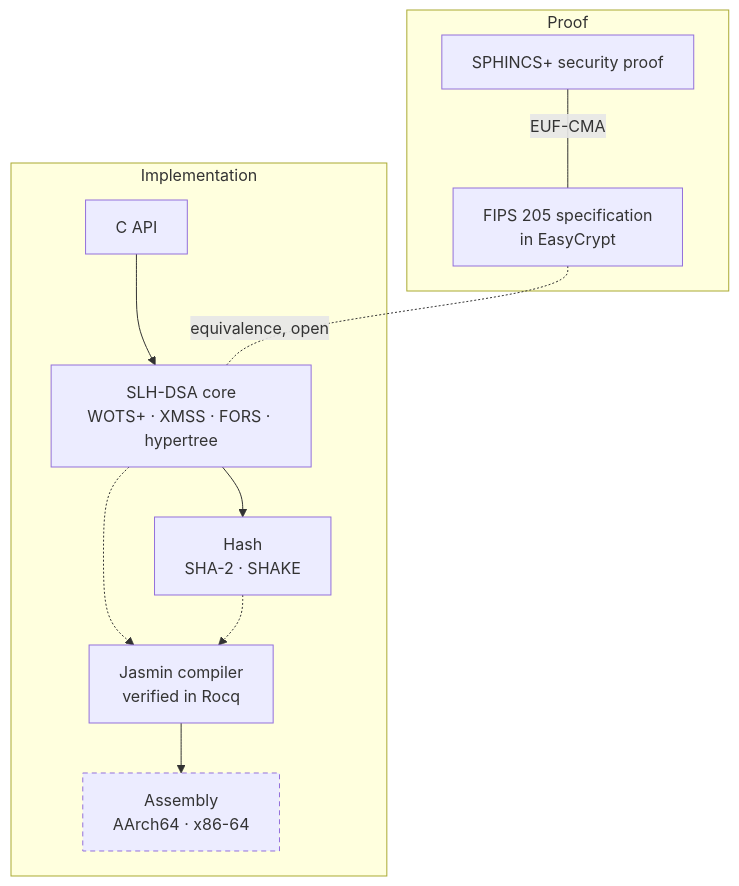
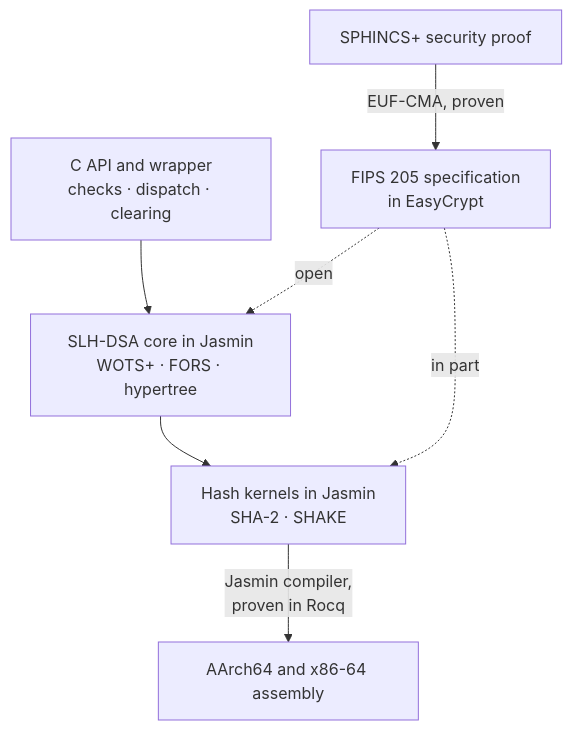
The diagram in README.md (nirapod-labs/nirapod-slhdsa), drawn with Mermaid before and after one commit. The commit also changed other lines of this file and 9 other files, not shown here.

````diff
--- a/README.md
+++ b/README.md
@@ -45,22 +79,14 @@
 ```mermaid
 flowchart TB
-  subgraph code["Implementation"]
-    api["C API"]
-    core["SLH-DSA core<br/>WOTS+ · XMSS · FORS · hypertree"]
-    hash["Hash<br/>SHA-2 · SHAKE"]
-    jc["Jasmin compiler<br/>verified in Rocq"]
-    asm["Assembly<br/>AArch64 · x86-64"]
-    api --> core --> hash
-    core -.-> jc
-    hash -.-> jc
-    jc --> asm
-  end
-  subgraph proof["Proof"]
-    sec["SPHINCS+ security proof"]
-    spec["FIPS 205 specification<br/>in EasyCrypt"]
-    sec -- "EUF-CMA" --- spec
-  end
-  spec -. "equivalence, open" .- core
-  classDef planned stroke-dasharray: 5 4
-  class asm planned
+  api["C API and wrapper<br/>checks · dispatch · clearing"]
+  core["SLH-DSA core in Jasmin<br/>WOTS+ · FORS · hypertree"]
+  hash["Hash kernels in Jasmin<br/>SHA-2 · SHAKE"]
+  asm["AArch64 and x86-64 assembly"]
+  sec["SPHINCS+ security proof"]
+  spec["FIPS 205 specification<br/>in EasyCrypt"]
+  api --> core --> hash
+  hash -- "Jasmin compiler,<br/>proven in Rocq" --> asm
+  sec -- "EUF-CMA, proven" --> spec
+  spec -. "open" .-> core
+  spec -. "in part" .-> hash
 ```
````
